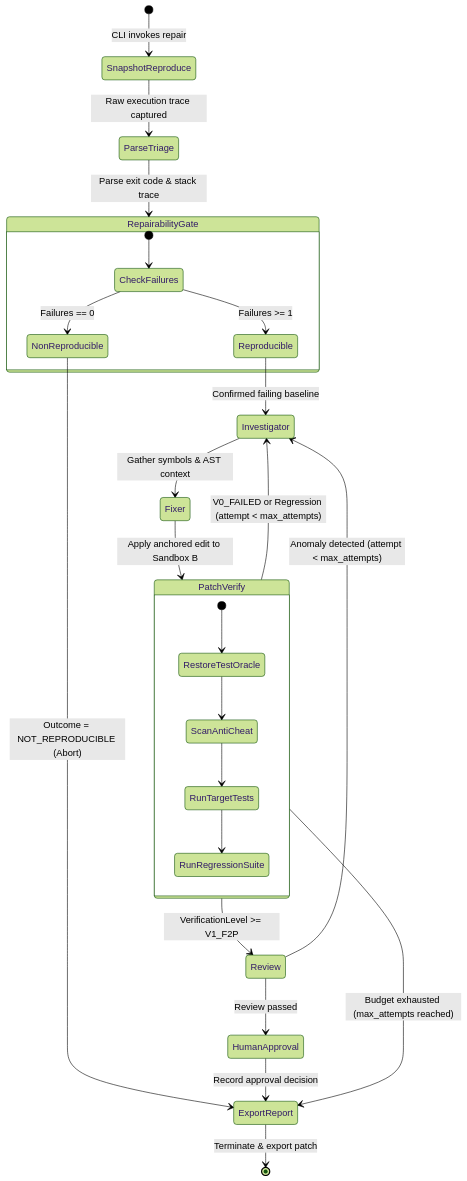
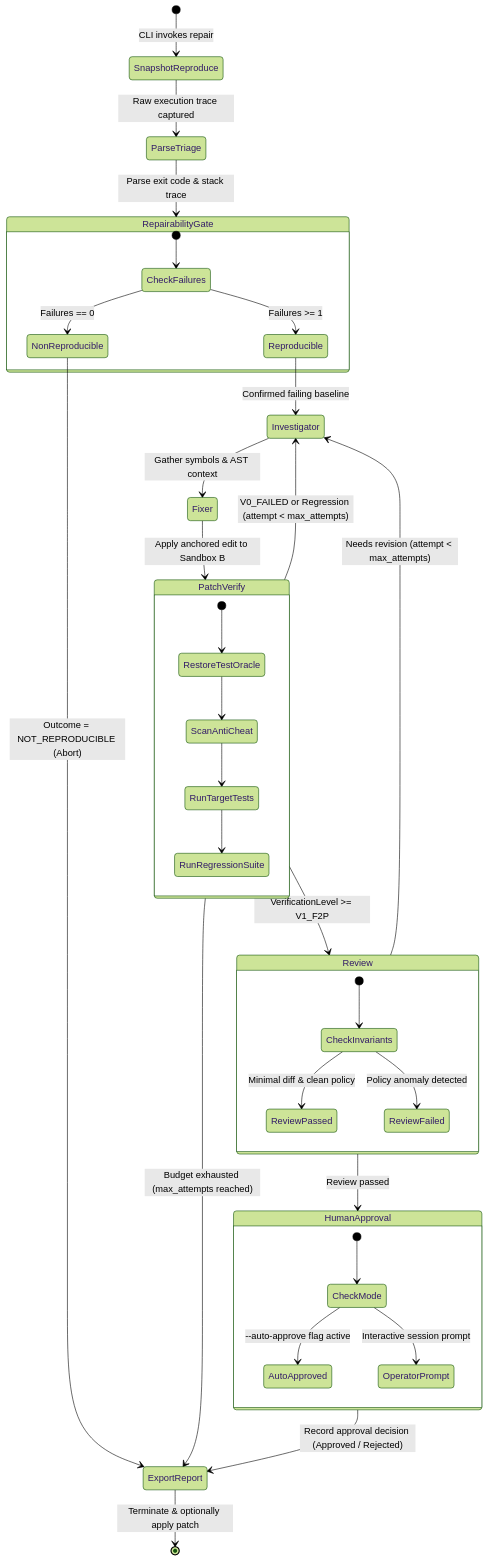
Before and after one commit to saahilpal/patchbound: the third of 3 diagrams in README.md, drawn with Mermaid (forest theme). The commit also changed other lines of this file, not shown here.

Commit message:
docs: add comprehensive HLD and LLD architectural diagrams to README

````diff
--- a/README.md
+++ b/README.md
@@ -106,36 +233,48 @@
 ```mermaid
 stateDiagram-v2
     [*] --> SnapshotReproduce: CLI invokes repair
 
     SnapshotReproduce --> ParseTriage: Raw execution trace captured
     ParseTriage --> RepairabilityGate: Parse exit code & stack trace
 
     state RepairabilityGate {
         [*] --> CheckFailures
         CheckFailures --> Reproducible: Failures >= 1
         CheckFailures --> NonReproducible: Failures == 0
     }
 
     NonReproducible --> ExportReport: Outcome = NOT_REPRODUCIBLE (Abort)
     Reproducible --> Investigator: Confirmed failing baseline
 
     Investigator --> Fixer: Gather symbols & AST context
     Fixer --> PatchVerify: Apply anchored edit to Sandbox B
 
     state PatchVerify {
         [*] --> RestoreTestOracle
         RestoreTestOracle --> ScanAntiCheat
         ScanAntiCheat --> RunTargetTests
         RunTargetTests --> RunRegressionSuite
     }
 
     PatchVerify --> Review: VerificationLevel >= V1_F2P
     PatchVerify --> Investigator: V0_FAILED or Regression (attempt < max_attempts)
     PatchVerify --> ExportReport: Budget exhausted (max_attempts reached)
 
+    state Review {
+        [*] --> CheckInvariants
+        CheckInvariants --> ReviewPassed: Minimal diff & clean policy
+        CheckInvariants --> ReviewFailed: Policy anomaly detected
+    }
+
     Review --> HumanApproval: Review passed
-    Review --> Investigator: Anomaly detected (attempt < max_attempts)
+    Review --> Investigator: Needs revision (attempt < max_attempts)
 
-    HumanApproval --> ExportReport: Record approval decision
-    ExportReport --> [*]: Terminate & export patch
+    state HumanApproval {
+        [*] --> CheckMode
+        CheckMode --> AutoApproved: --auto-approve flag active
+        CheckMode --> OperatorPrompt: Interactive session prompt
+    }
+
+    HumanApproval --> ExportReport: Record approval decision (Approved / Rejected)
+    ExportReport --> [*]: Terminate & optionally apply patch
 ```
````
